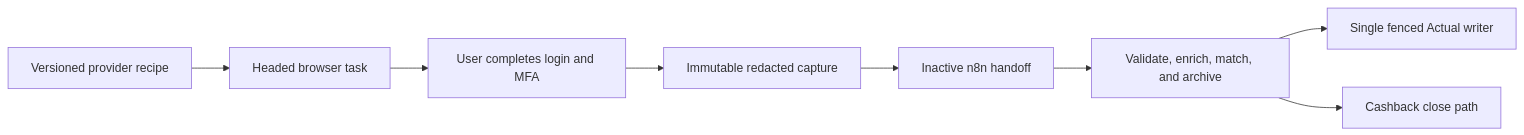
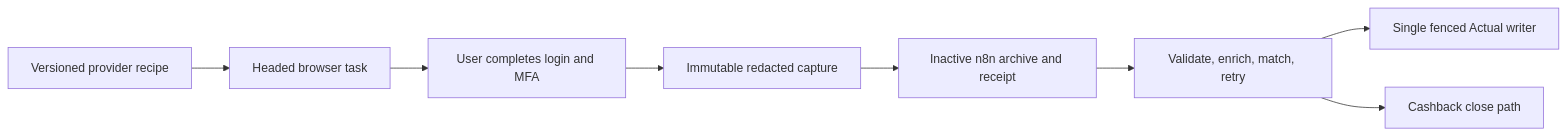
One commit to srobroek/finance-statement-tracker changed the diagram in docs/browser-ingestion.md. Above: the diagram before and after it, drawn with Mermaid. The commit also changed other lines of this file and 13 other files, not shown here.

````diff
--- a/docs/browser-ingestion.md
+++ b/docs/browser-ingestion.md
@@ -7,10 +7,10 @@
 ```mermaid
 flowchart LR
     R["Versioned provider recipe"] --> B["Headed browser task"]
     B --> U["User completes login and MFA"]
     U --> C["Immutable redacted capture"]
-    C --> N["Inactive n8n handoff"]
-    N --> A["Validate, enrich, match, and archive"]
+    C --> N["Inactive n8n archive and receipt"]
+    N --> A["Validate, enrich, match, retry"]
     A --> W["Single fenced Actual writer"]
     A --> K["Cashback close path"]
 ```
````
